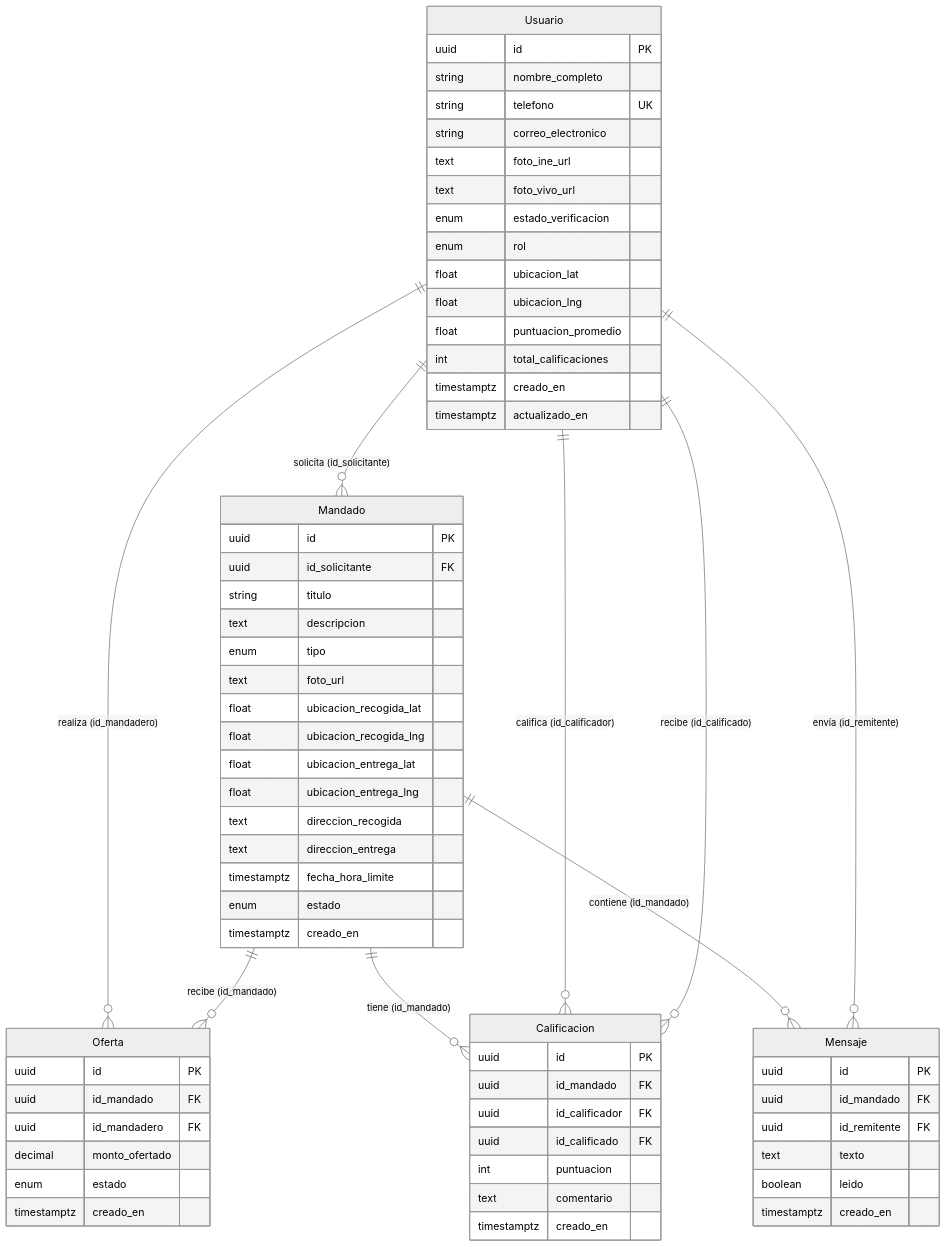
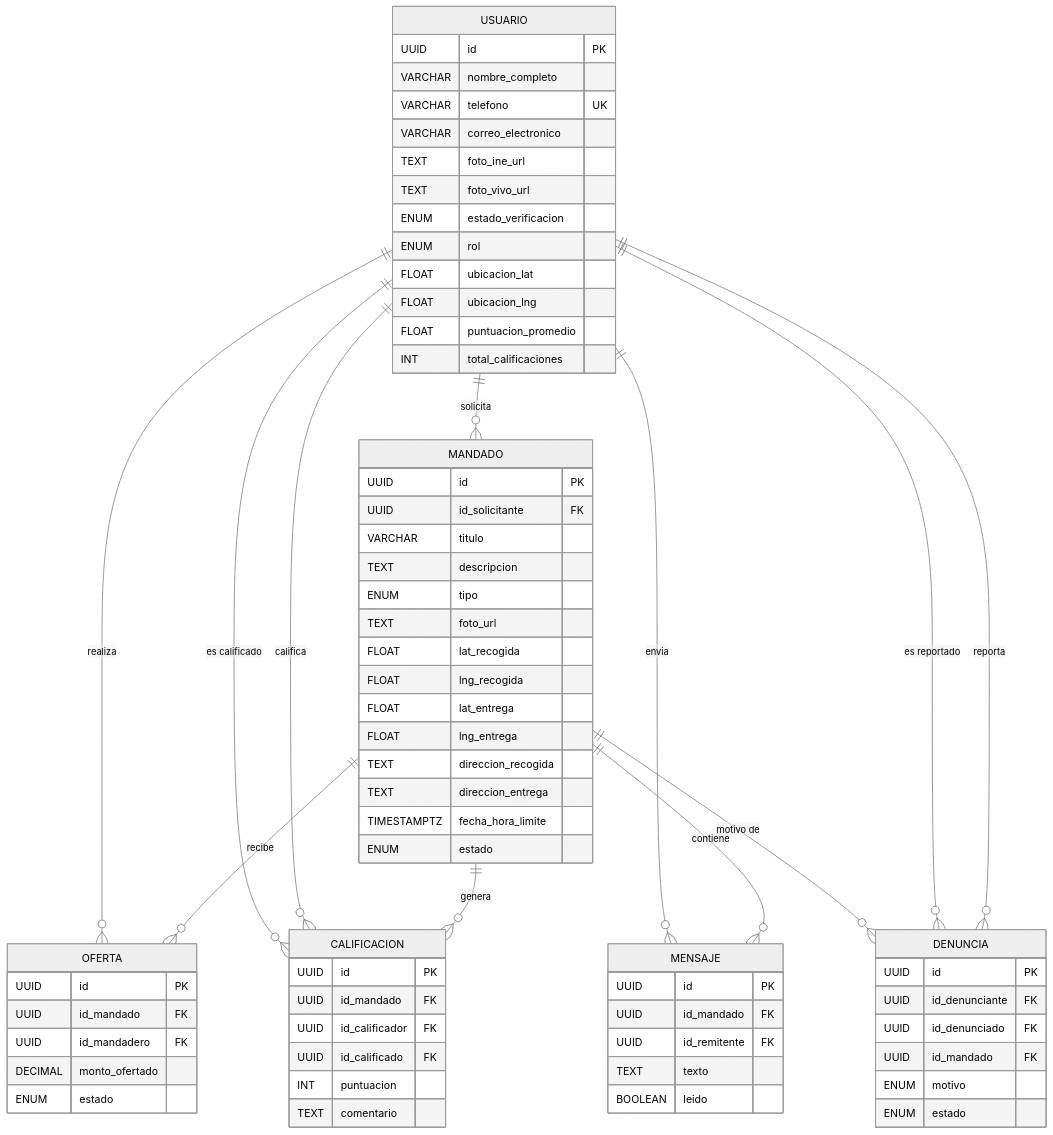
The diagram in specs/001-mandadero-mvp/diagrams/er-diagram.md (rbarcenas-mx/errand), drawn with Mermaid (neutral theme) before and after one commit. The commit also changed other lines of this file and 24 other files, not shown here.

Commit message:
docs(specs): update MVP specification and replace sequence and data flow diagrams

````diff
--- a/specs/001-mandadero-mvp/diagrams/er-diagram.md
+++ b/specs/001-mandadero-mvp/diagrams/er-diagram.md
@@ -4,75 +5,80 @@
 ```mermaid
 erDiagram
-    Usuario {
-        uuid id PK
-        string nombre_completo
-        string telefono UK
-        string correo_electronico
-        text foto_ine_url
-        text foto_vivo_url
-        enum estado_verificacion
-        enum rol
-        float ubicacion_lat
-        float ubicacion_lng
-        float puntuacion_promedio
-        int total_calificaciones
-        timestamptz creado_en
-        timestamptz actualizado_en
+    USUARIO {
+        UUID id PK
+        VARCHAR nombre_completo
+        VARCHAR telefono UK
+        VARCHAR correo_electronico
+        TEXT foto_ine_url
+        TEXT foto_vivo_url
+        ENUM estado_verificacion
+        ENUM rol
+        FLOAT ubicacion_lat
+        FLOAT ubicacion_lng
+        FLOAT puntuacion_promedio
+        INT total_calificaciones
     }
 
-    Mandado {
-        uuid id PK
-        uuid id_solicitante FK
-        string titulo
-        text descripcion
-        enum tipo
-        text foto_url
-        float ubicacion_recogida_lat
-        float ubicacion_recogida_lng
-        float ubicacion_entrega_lat
-        float ubicacion_entrega_lng
-        text direccion_recogida
-        text direccion_entrega
-        timestamptz fecha_hora_limite
-        enum estado
-        timestamptz creado_en
+    MANDADO {
+        UUID id PK
+        UUID id_solicitante FK
+        VARCHAR titulo
+        TEXT descripcion
+        ENUM tipo
+        TEXT foto_url
+        FLOAT lat_recogida
+        FLOAT lng_recogida
+        FLOAT lat_entrega
+        FLOAT lng_entrega
+        TEXT direccion_recogida
+        TEXT direccion_entrega
+        TIMESTAMPTZ fecha_hora_limite
+        ENUM estado
     }
 
-    Oferta {
-        uuid id PK
-        uuid id_mandado FK
-        uuid id_mandadero FK
-        decimal monto_ofertado
-        enum estado
-        timestamptz creado_en
+    OFERTA {
+        UUID id PK
+        UUID id_mandado FK
+        UUID id_mandadero FK
+        DECIMAL monto_ofertado
+        ENUM estado
     }
 
-    Calificacion {
-        uuid id PK
-        uuid id_mandado FK
-        uuid id_calificador FK
-        uuid id_calificado FK
-        int puntuacion
-        text comentario
-        timestamptz creado_en
+    CALIFICACION {
+        UUID id PK
+        UUID id_mandado FK
+        UUID id_calificador FK
+        UUID id_calificado FK
+        INT puntuacion
+        TEXT comentario
     }
 
-    Mensaje {
-        uuid id PK
-        uuid id_mandado FK
-        uuid id_remitente FK
-        text texto
-        boolean leido
-        timestamptz creado_en
+    MENSAJE {
+        UUID id PK
+        UUID id_mandado FK
+        UUID id_remitente FK
+        TEXT texto
+        BOOLEAN leido
     }
 
-    %% Relaciones
-    Usuario ||--o{ Mandado : "solicita (id_solicitante)"
-    Usuario ||--o{ Oferta : "realiza (id_mandadero)"
-    Mandado ||--o{ Oferta : "recibe (id_mandado)"
-    Mandado ||--o{ Calificacion : "tiene (id_mandado)"
-    Usuario ||--o{ Calificacion : "califica (id_calificador)"
-    Usuario ||--o{ Calificacion : "recibe (id_calificado)"
-    Mandado ||--o{ Mensaje : "contiene (id_mandado)"
-    Usuario ||--o{ Mensaje : "envía (id_remitente)"
+    DENUNCIA {
+        UUID id PK
+        UUID id_denunciante FK
+        UUID id_denunciado FK
+        UUID id_mandado FK
+        ENUM motivo
+        ENUM estado
+    }
+
+    USUARIO ||--o{ MANDADO : "solicita"
+    MANDADO ||--o{ OFERTA : "recibe"
+    USUARIO ||--o{ OFERTA : "realiza"
+    MANDADO ||--o{ CALIFICACION : "genera"
+    USUARIO ||--o{ CALIFICACION : "califica"
+    USUARIO ||--o{ CALIFICACION : "es calificado"
+    MANDADO ||--o{ MENSAJE : "contiene"
+    USUARIO ||--o{ MENSAJE : "envia"
+    USUARIO ||--o{ DENUNCIA : "reporta"
+    USUARIO ||--o{ DENUNCIA : "es reportado"
+    MANDADO ||--o{ DENUNCIA : "motivo de"
 ```
````
